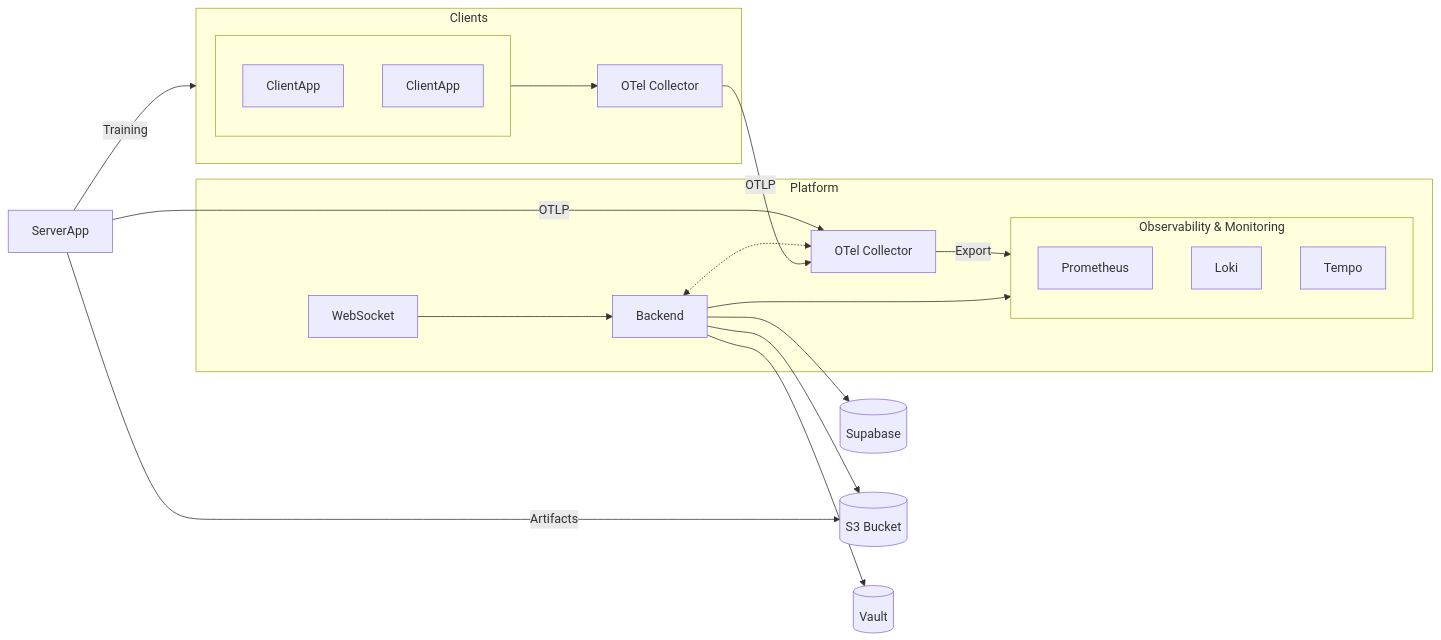
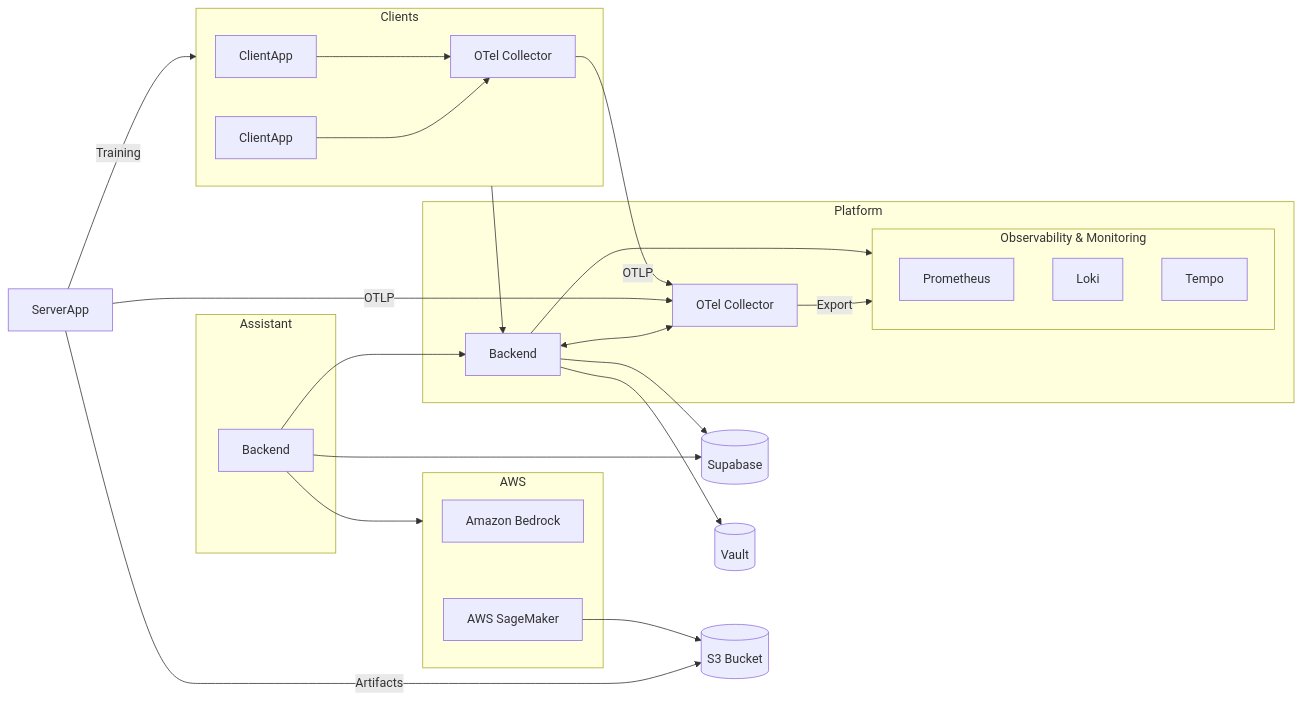
Before and after one commit to MentisHub/platform: the diagram in docs/pt-br/architecture/architecture.md, drawn with Mermaid. The commit also changed other lines of this file and 10 other files, not shown here.

Commit message:
chore: update Prisma schemas, dependencies, and Vault config

````diff
--- a/docs/pt-br/architecture/architecture.md
+++ b/docs/pt-br/architecture/architecture.md
@@ -5,48 +5,54 @@
 ```mermaid
 flowchart LR
-    subgraph Clients[Clients]
-        subgraph ClientApps[ ]
-            CA1[ClientApp]
-            CA2[ClientApp]
-        end
-
+    subgraph Clients
+        CA1[ClientApp]
+        CA2[ClientApp]
         C_OTEL[OTel Collector]
+        CA1 --> C_OTEL
+        CA2 --> C_OTEL
     end
 
-    subgraph Platform[Platform]
-        BE[Backend]
-        WS[WebSocket]
+    subgraph Assistant
+        A_BE[Backend]
+    end
+
+    subgraph AWS
+        BEDROCK[Amazon Bedrock]
+        SAGEMAKER[AWS SageMaker]
+    end
+
+    subgraph Platform
+        P_BE[Backend]
         P_OTEL[OTel Collector]
 
-        subgraph Obs[Observability & Monitoring]
+        subgraph Obs["Observability & Monitoring"]
             PROM[Prometheus]
             LOKI[Loki]
             TEMPO[Tempo]
         end
     end
 
     SB[(Supabase)]
+    VL[(Vault)]
     S3[(S3 Bucket)]
-    VL[(Vault)]
-
     SA[ServerApp]
 
-    ClientApps --> C_OTEL
+    A_BE --> AWS
+    A_BE --> SB
+    A_BE --> P_BE
 
+    SAGEMAKER --> S3
+
+    P_BE --> SB
+    P_BE --> VL
+    Clients --> P_BE
     C_OTEL -- OTLP --> P_OTEL
-
-    SA -- Training --> Clients
-
-    WS --> BE
-    BE --> SB
-    BE --> Obs
-    BE <-.-> P_OTEL
-
     SA -- OTLP --> P_OTEL
 
+    P_BE <--> P_OTEL
+    P_BE --> Obs
     P_OTEL -- Export --> Obs
 
     SA -- Artifacts --> S3
-    BE --> S3
-    BE --> VL
+    SA -- Training --> Clients
 ```
````
